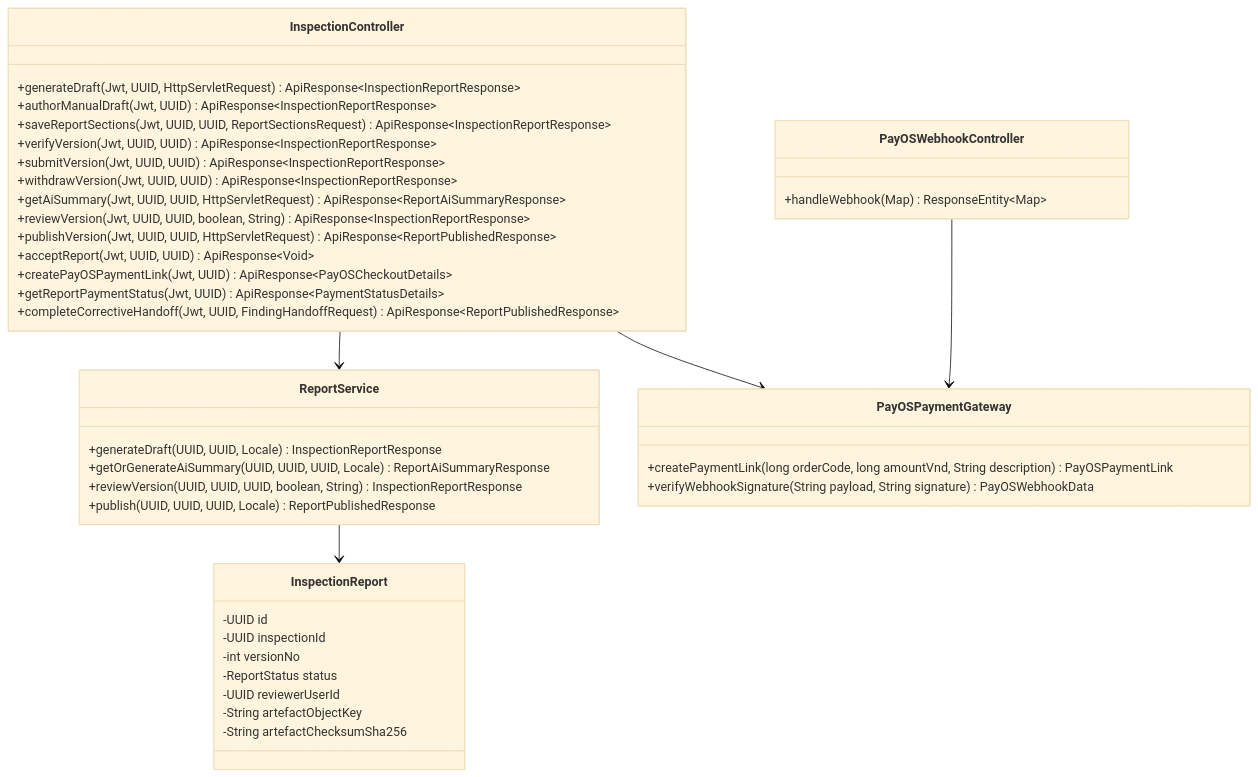
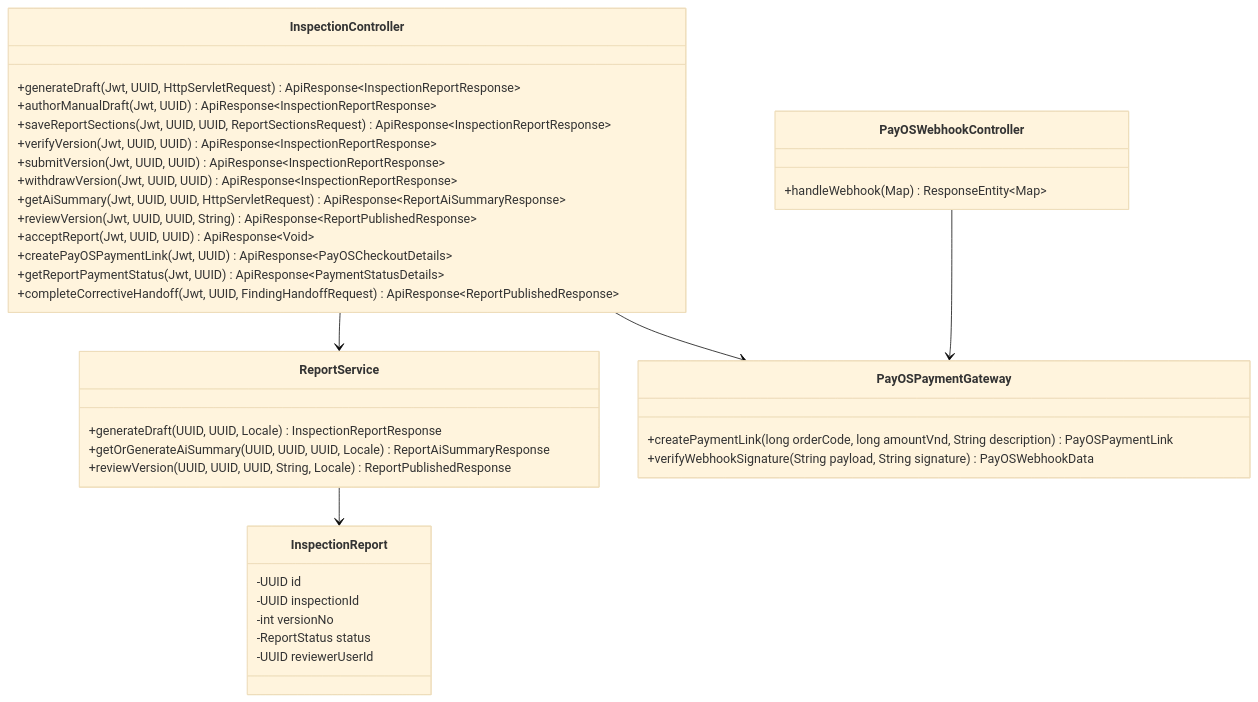
Before and after one commit to tungbach12/SmartDroneInspection-Docs: diagram 16 of 23 in reports/report-4-software-design-document/03-detailed-design.md, drawn with Mermaid (base theme). The commit also changed other lines of this file and 9 other files, not shown here.

Commit message:
docs(reports): align direct report publication lifecycle

````diff
--- a/reports/report-4-software-design-document/03-detailed-design.md
+++ b/reports/report-4-software-design-document/03-detailed-design.md
@@ -739,45 +739,41 @@
 ```mermaid
-%% title: Auto-Compiled Inspection Report, Review, PDF Publication and PayOS Class Diagram
+%% title: Inspection Report Review, Publication and PayOS Class Diagram
 classDiagram
   class InspectionController {
     +generateDraft(Jwt, UUID, HttpServletRequest) ApiResponse~InspectionReportResponse~
     +authorManualDraft(Jwt, UUID) ApiResponse~InspectionReportResponse~
     +saveReportSections(Jwt, UUID, UUID, ReportSectionsRequest) ApiResponse~InspectionReportResponse~
     +verifyVersion(Jwt, UUID, UUID) ApiResponse~InspectionReportResponse~
     +submitVersion(Jwt, UUID, UUID) ApiResponse~InspectionReportResponse~
     +withdrawVersion(Jwt, UUID, UUID) ApiResponse~InspectionReportResponse~
     +getAiSummary(Jwt, UUID, UUID, HttpServletRequest) ApiResponse~ReportAiSummaryResponse~
-    +reviewVersion(Jwt, UUID, UUID, boolean, String) ApiResponse~InspectionReportResponse~
-    +publishVersion(Jwt, UUID, UUID, HttpServletRequest) ApiResponse~ReportPublishedResponse~
+    +reviewVersion(Jwt, UUID, UUID, String) ApiResponse~ReportPublishedResponse~
     +acceptReport(Jwt, UUID, UUID) ApiResponse~Void~
     +createPayOSPaymentLink(Jwt, UUID) ApiResponse~PayOSCheckoutDetails~
     +getReportPaymentStatus(Jwt, UUID) ApiResponse~PaymentStatusDetails~
     +completeCorrectiveHandoff(Jwt, UUID, FindingHandoffRequest) ApiResponse~ReportPublishedResponse~
   }
   class ReportService {
     +generateDraft(UUID, UUID, Locale) InspectionReportResponse
     +getOrGenerateAiSummary(UUID, UUID, UUID, Locale) ReportAiSummaryResponse
-    +reviewVersion(UUID, UUID, UUID, boolean, String) InspectionReportResponse
-    +publish(UUID, UUID, UUID, Locale) ReportPublishedResponse
+    +reviewVersion(UUID, UUID, UUID, String, Locale) ReportPublishedResponse
   }
   class PayOSPaymentGateway {
     +createPaymentLink(long orderCode, long amountVnd, String description) PayOSPaymentLink
     +verifyWebhookSignature(String payload, String signature) PayOSWebhookData
   }
   class PayOSWebhookController {
     +handleWebhook(Map) ResponseEntity~Map~
   }
   class InspectionReport {
     -UUID id
     -UUID inspectionId
     -int versionNo
     -ReportStatus status
     -UUID reviewerUserId
-    -String artefactObjectKey
-    -String artefactChecksumSha256
   }
   InspectionController --> ReportService
   ReportService --> InspectionReport
   InspectionController --> PayOSPaymentGateway
   PayOSWebhookController --> PayOSPaymentGateway
 ```
````
